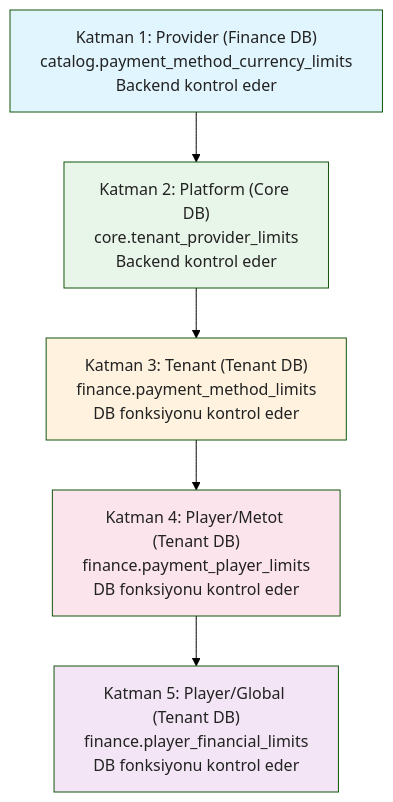
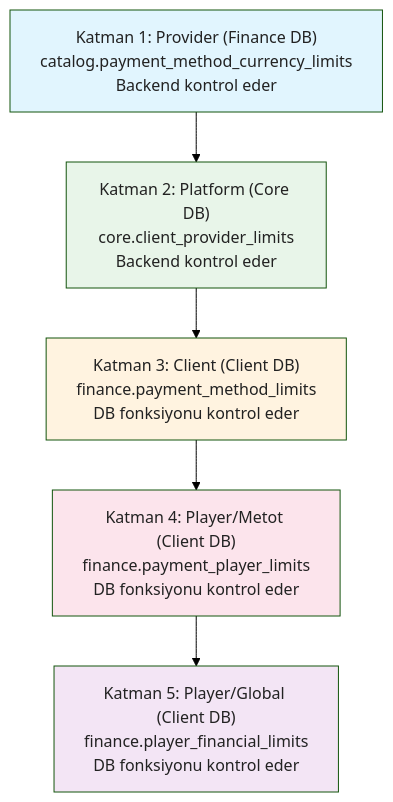
The seventh of 7 diagrams in .docs/guides/SPEC_FINANCE_GATEWAY.md (frhtshn/One.DB), drawn with Mermaid (forest theme) before and after one commit. The commit also changed other lines of this file and 442 other files, not shown here.

First line of the commit message:
Nucleo → Sortis One ve tenant → client içerik güncellemeleri

````diff
--- a/.docs/guides/SPEC_FINANCE_GATEWAY.md
+++ b/.docs/guides/SPEC_FINANCE_GATEWAY.md
@@ -227,14 +227,14 @@
 ```mermaid
 flowchart TD
     L1["Katman 1: Provider (Finance DB)<br/>catalog.payment_method_currency_limits<br/>Backend kontrol eder"] --> L2
-    L2["Katman 2: Platform (Core DB)<br/>core.tenant_provider_limits<br/>Backend kontrol eder"] --> L3
-    L3["Katman 3: Tenant (Tenant DB)<br/>finance.payment_method_limits<br/>DB fonksiyonu kontrol eder"] --> L4
-    L4["Katman 4: Player/Metot (Tenant DB)<br/>finance.payment_player_limits<br/>DB fonksiyonu kontrol eder"] --> L5
-    L5["Katman 5: Player/Global (Tenant DB)<br/>finance.player_financial_limits<br/>DB fonksiyonu kontrol eder"]
+    L2["Katman 2: Platform (Core DB)<br/>core.client_provider_limits<br/>Backend kontrol eder"] --> L3
+    L3["Katman 3: Client (Client DB)<br/>finance.payment_method_limits<br/>DB fonksiyonu kontrol eder"] --> L4
+    L4["Katman 4: Player/Metot (Client DB)<br/>finance.payment_player_limits<br/>DB fonksiyonu kontrol eder"] --> L5
+    L5["Katman 5: Player/Global (Client DB)<br/>finance.player_financial_limits<br/>DB fonksiyonu kontrol eder"]
 
     style L1 fill:#e1f5fe,color:#222
     style L2 fill:#e8f5e9,color:#222
     style L3 fill:#fff3e0,color:#222
     style L4 fill:#fce4ec,color:#222
     style L5 fill:#f3e5f5,color:#222
 ```
````
